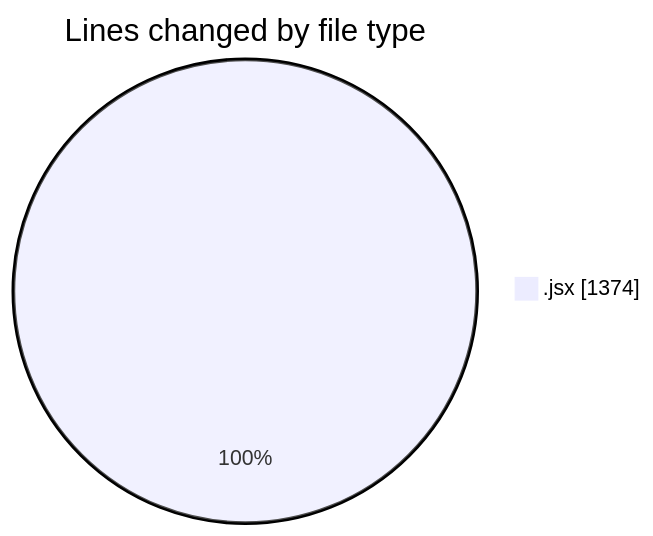
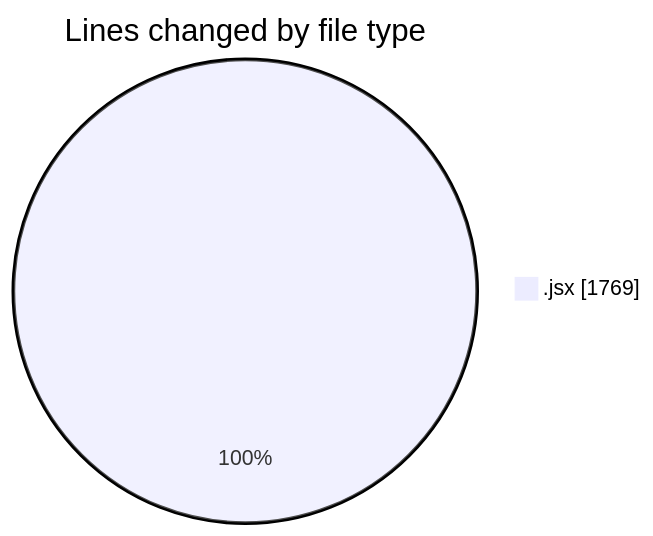
One commit to nxtqubesakshisongat/code-tracking changed the first of 2 diagrams in 2025-05-13/argos-dev/README.md. Above: the diagram before and after it, drawn with Mermaid. The commit also changed other lines of this file and 1 other file, not shown here.

````diff
--- a/2025-05-13/argos-dev/README.md
+++ b/2025-05-13/argos-dev/README.md
@@ -22,5 +23,5 @@
 ```mermaid
 pie showData
 title Lines changed by file type
-".jsx" : 1374
+".jsx" : 1769
 ```
````
